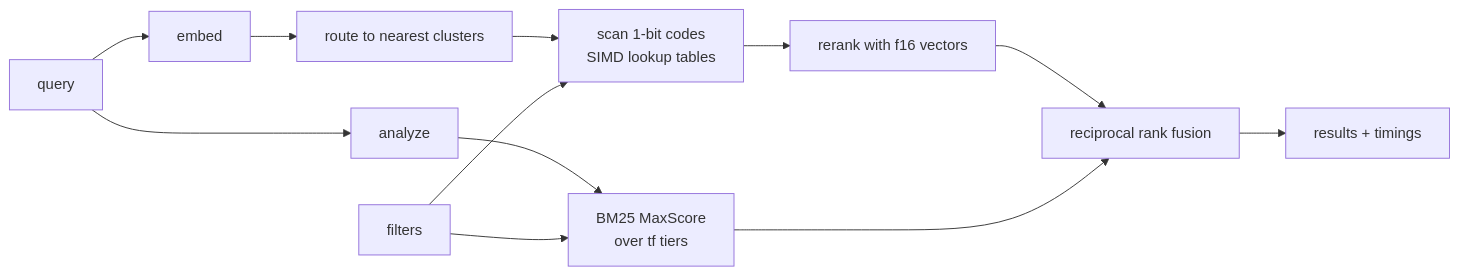
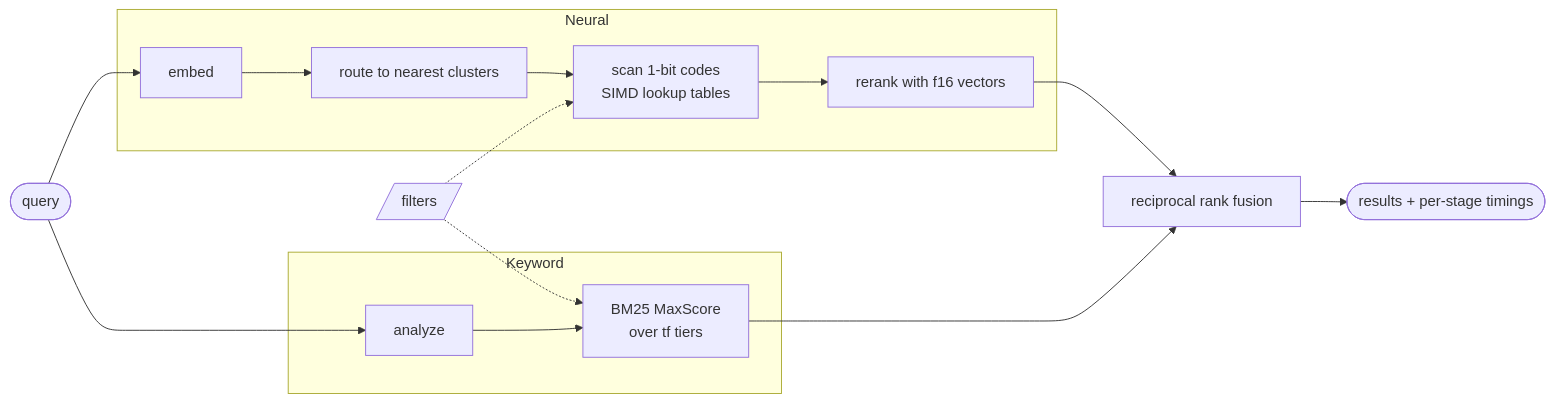
Before and after one commit to AustinPardosi/telusur: the diagram in README.md, drawn with Mermaid. The commit also changed other lines of this file and 5 other files, not shown here.

````diff
--- a/README.md
+++ b/README.md
@@ -62,15 +47,16 @@
 ```mermaid
 flowchart LR
-    Q[query] --> E[embed]
-    Q --> A[analyze]
-    E --> R[route to nearest clusters]
-    R --> S[scan 1-bit codes<br/>SIMD lookup tables]
-    S --> RR[rerank with f16 vectors]
-    A --> B[BM25 MaxScore<br/>over tf tiers]
-    F[filters] --> S
-    F --> B
+    subgraph neural [Neural]
+        E[embed] --> R[route to nearest clusters] --> S[scan 1-bit codes<br/>SIMD lookup tables] --> RR[rerank with f16 vectors]
+    end
+    subgraph keyword [Keyword]
+        A[analyze] --> B[BM25 MaxScore<br/>over tf tiers]
+    end
+    Q([query]) --> E
+    Q --> A
+    F[/filters/] -.-> S
+    F -.-> B
     RR --> FU[reciprocal rank fusion]
     B --> FU
-    FU --> OUT[results + timings]
-
+    FU --> OUT([results + per-stage timings])
 ```
````
